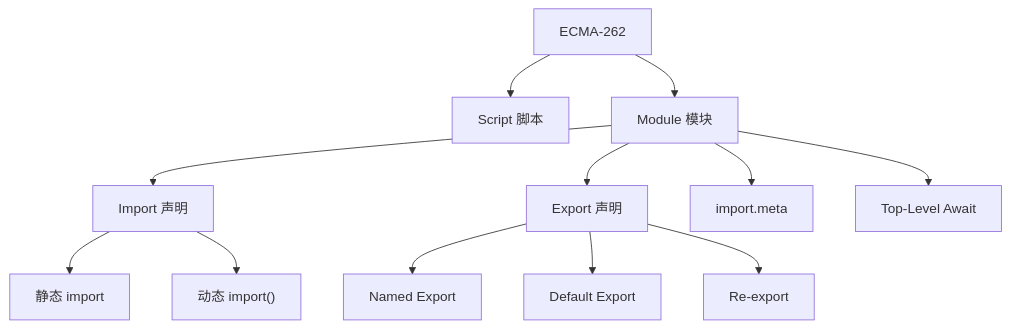
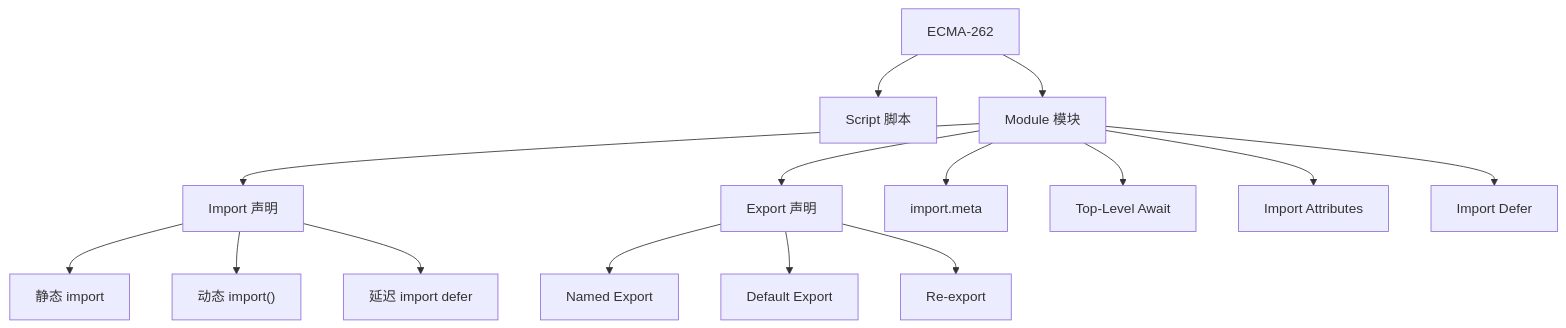
One commit to AdaMartin18010/JavaScriptTypeScript changed the second of 6 diagrams in 10-fundamentals/10.4-module-system/code-examples/02-esm-deep-dive.md. Above: the diagram before and after it, drawn with Mermaid. The commit also changed other lines of this file and 217 other files, not shown here.

````diff
--- a/10-fundamentals/10.4-module-system/code-examples/02-esm-deep-dive.md
+++ b/10-fundamentals/10.4-module-system/code-examples/02-esm-deep-dive.md
@@ -78,16 +112,19 @@
 ```mermaid
 graph TD
     ECMAScript["ECMA-262"] --> Script["Script 脚本"]
     ECMAScript --> Module["Module 模块"]
     Module --> Import["Import 声明"]
     Module --> Export["Export 声明"]
     Module --> ImportMeta["import.meta"]
     Module --> TLA["Top-Level Await"]
+    Module --> ImportAttrs["Import Attributes"]
+    Module --> ImportDefer["Import Defer"]
 
     Import --> StaticImport["静态 import"]
     Import --> DynamicImport["动态 import()"]
+    Import --> DeferImport["延迟 import defer"]
 
     Export --> NamedExport["Named Export"]
     Export --> DefaultExport["Default Export"]
     Export --> ReExport["Re-export"]
 ```
````
